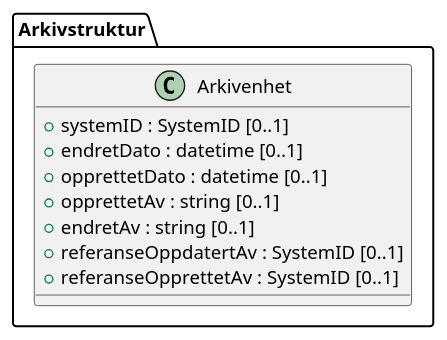
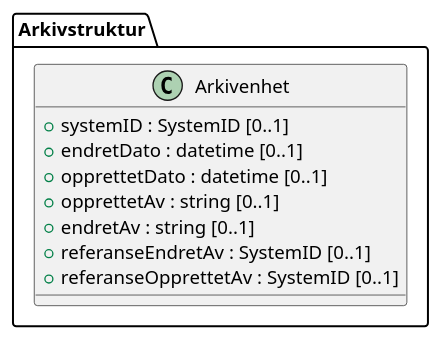
The diagram in kapitler/media/uml-class-arkivenhet.iuml (arkivverket/noark5-tjenestegrensesnitt-standard), drawn with PlantUML before and after one commit. The commit also changed 23 other files, not shown here.

```diff
--- a/kapitler/media/uml-class-arkivenhet.iuml
+++ b/kapitler/media/uml-class-arkivenhet.iuml
@@ -1,11 +1,11 @@
 @startuml
 class Arkivstruktur.Arkivenhet {
   +systemID : SystemID [0..1]
   +endretDato : datetime [0..1]
   +opprettetDato : datetime [0..1]
   +opprettetAv : string [0..1]
   +endretAv : string [0..1]
-  +referanseOppdatertAv : SystemID [0..1]
+  +referanseEndretAv : SystemID [0..1]
   +referanseOpprettetAv : SystemID [0..1]
 }
 @enduml
```
